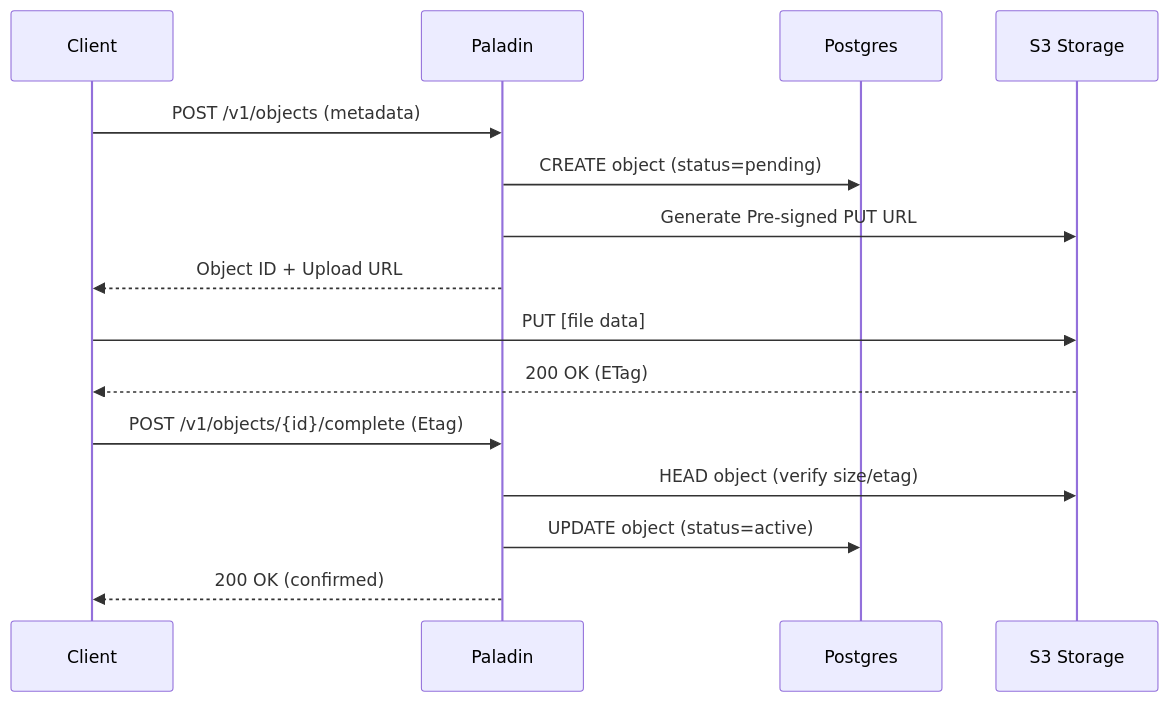
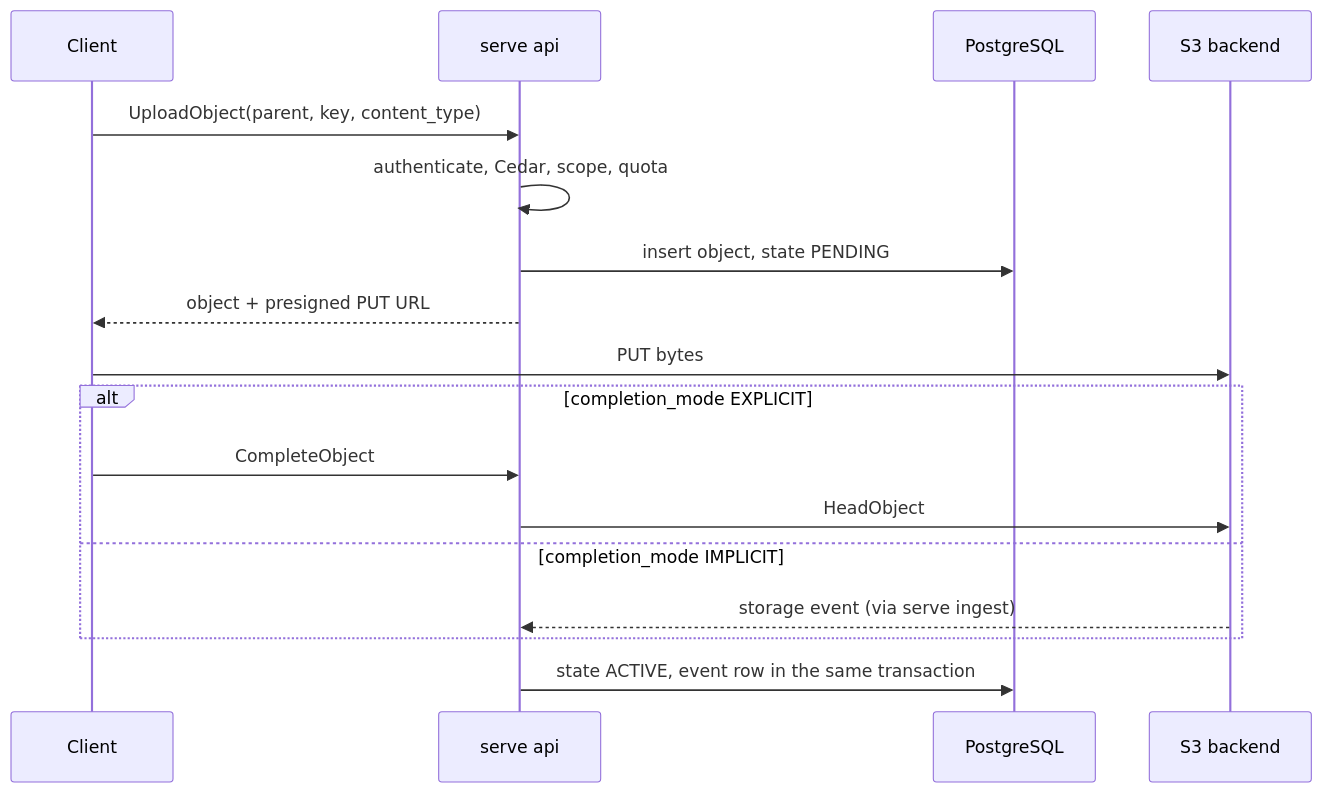
Before and after one commit to oleg-tkachuk/paladin: the second of 4 diagrams in backend/docs/diagrams.md, drawn with Mermaid. The commit also changed other lines of this file and 2 other files, not shown here.

First line of the commit message:
docs: state that paladin is a control plane, not an s3 proxy, and redraw the diagrams

````diff
--- a/backend/docs/diagrams.md
+++ b/backend/docs/diagrams.md
@@ -16,18 +30,19 @@
 ```mermaid
 sequenceDiagram
     participant C as Client
-    participant Paladin as Paladin
-    participant DB as Postgres
-    participant S3 as S3 Storage
-
-    C->>Paladin: POST /v1/objects (metadata)
-    Paladin->>DB: CREATE object (status=pending)
-    Paladin->>S3: Generate Pre-signed PUT URL
-    Paladin-->>C: Object ID + Upload URL
-    C->>S3: PUT [file data]
-    S3-->>C: 200 OK (ETag)
-    C->>Paladin: POST /v1/objects/{id}/complete (Etag)
-    Paladin->>S3: HEAD object (verify size/etag)
-    Paladin->>DB: UPDATE object (status=active)
-    Paladin-->>C: 200 OK (confirmed)
+    participant A as serve api
+    participant DB as PostgreSQL
+    participant S3 as S3 backend
+    C->>A: UploadObject(parent, key, content_type)
+    A->>A: authenticate, Cedar, scope, quota
+    A->>DB: insert object, state PENDING
+    A-->>C: object + presigned PUT URL
+    C->>S3: PUT bytes
+    alt completion_mode EXPLICIT
+        C->>A: CompleteObject
+        A->>S3: HeadObject
+    else completion_mode IMPLICIT
+        S3-->>A: storage event (via serve ingest)
+    end
+    A->>DB: state ACTIVE, event row in the same transaction
 ```
````
